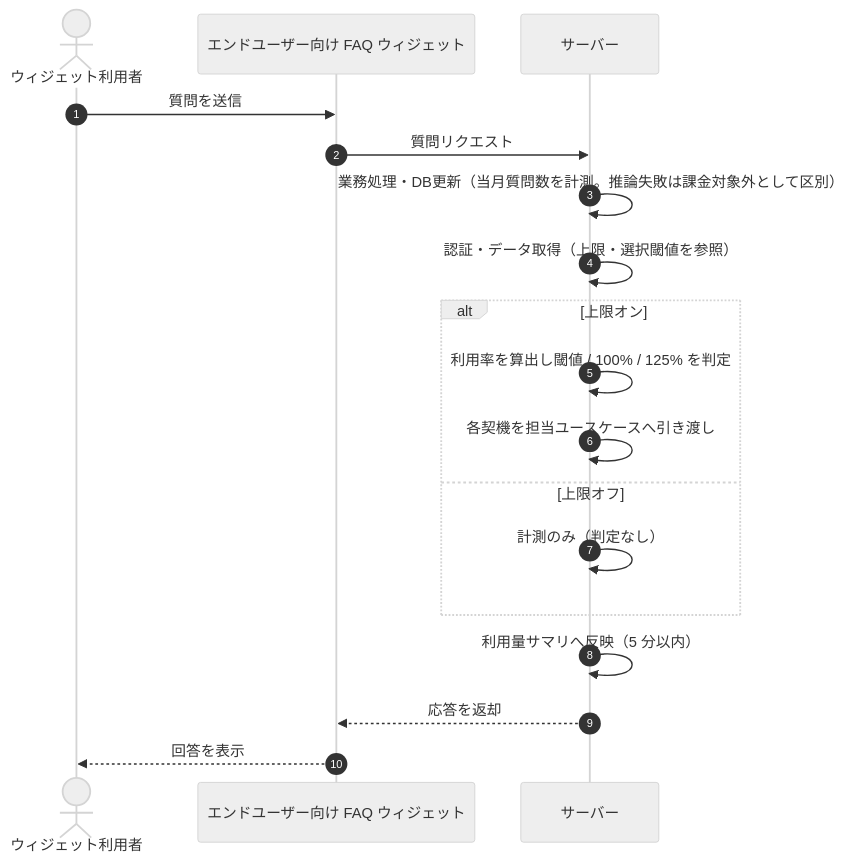
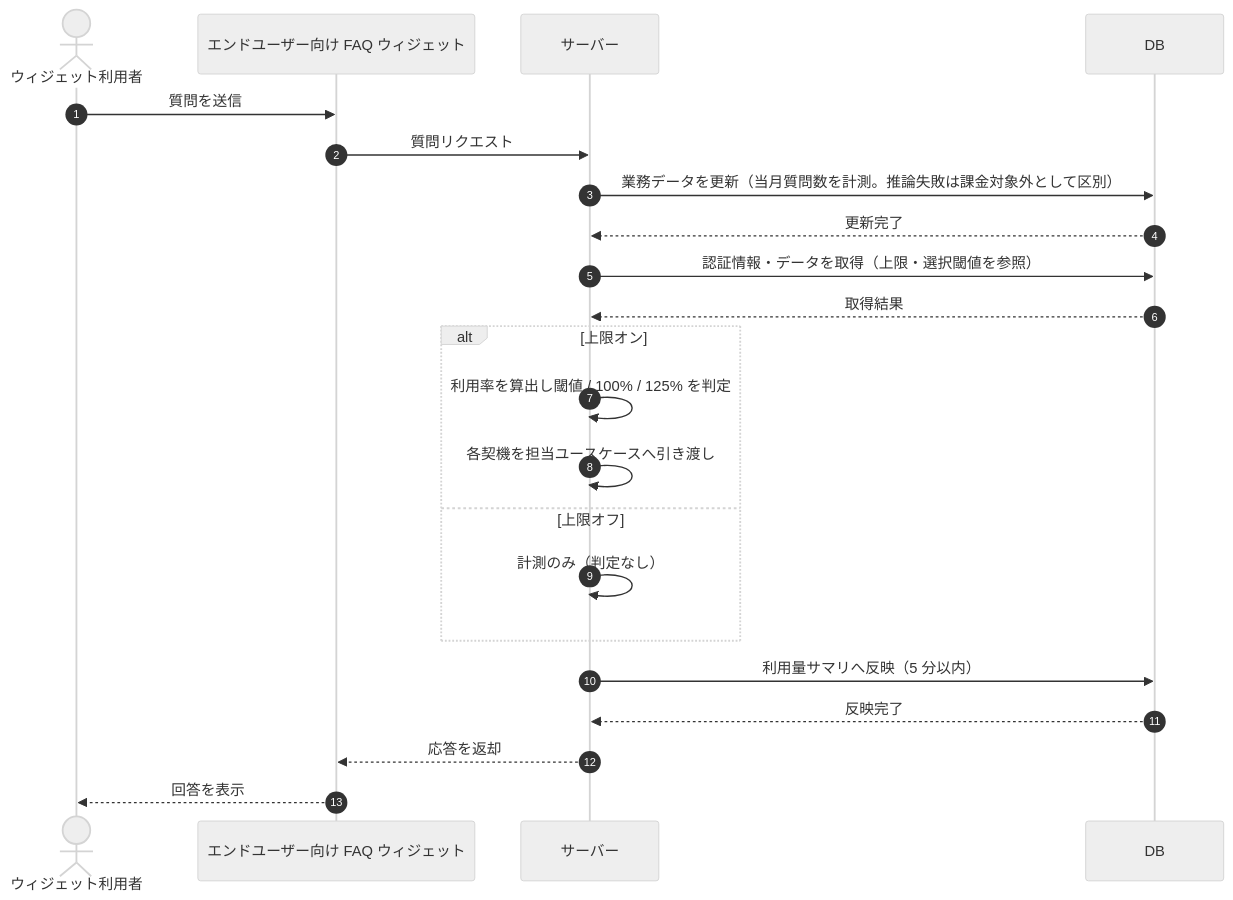
One commit to sikakou54/open-faq changed the diagram in 02_basic_design/03_sequences/SEQ-099.md. Above: the diagram before and after it, drawn with Mermaid (neutral theme). The commit also changed other lines of this file and 122 other files, not shown here.

First line of the commit message:
シーケンス図に DB アクターを追加(DB 操作をサーバー自己メッセージから分離)

````diff
--- a/02_basic_design/03_sequences/SEQ-099.md
+++ b/02_basic_design/03_sequences/SEQ-099.md
@@ -26,20 +26,24 @@
 ```mermaid
 sequenceDiagram
   autonumber
   actor U as ウィジェット利用者
   participant Screen as エンドユーザー向け FAQ ウィジェット
   participant Server as サーバー
+  participant DB as DB
   U->>Screen: 質問を送信
   Screen->>Server: 質問リクエスト
-  Server->>Server: 業務処理・DB更新（当月質問数を計測。推論失敗は課金対象外として区別）
-  Server->>Server: 認証・データ取得（上限・選択閾値を参照）
+  Server->>DB: 業務データを更新（当月質問数を計測。推論失敗は課金対象外として区別）
+  DB-->>Server: 更新完了
+  Server->>DB: 認証情報・データを取得（上限・選択閾値を参照）
+  DB-->>Server: 取得結果
   alt 上限オン
     Server->>Server: 利用率を算出し閾値 / 100% / 125% を判定
     Server->>Server: 各契機を担当ユースケースへ引き渡し
   else 上限オフ
     Server->>Server: 計測のみ（判定なし）
   end
-  Server->>Server: 利用量サマリへ反映（5 分以内）
+  Server->>DB: 利用量サマリへ反映（5 分以内）
+  DB-->>Server: 反映完了
   Server-->>Screen: 応答を返却
   Screen-->>U: 回答を表示
 ```
````
